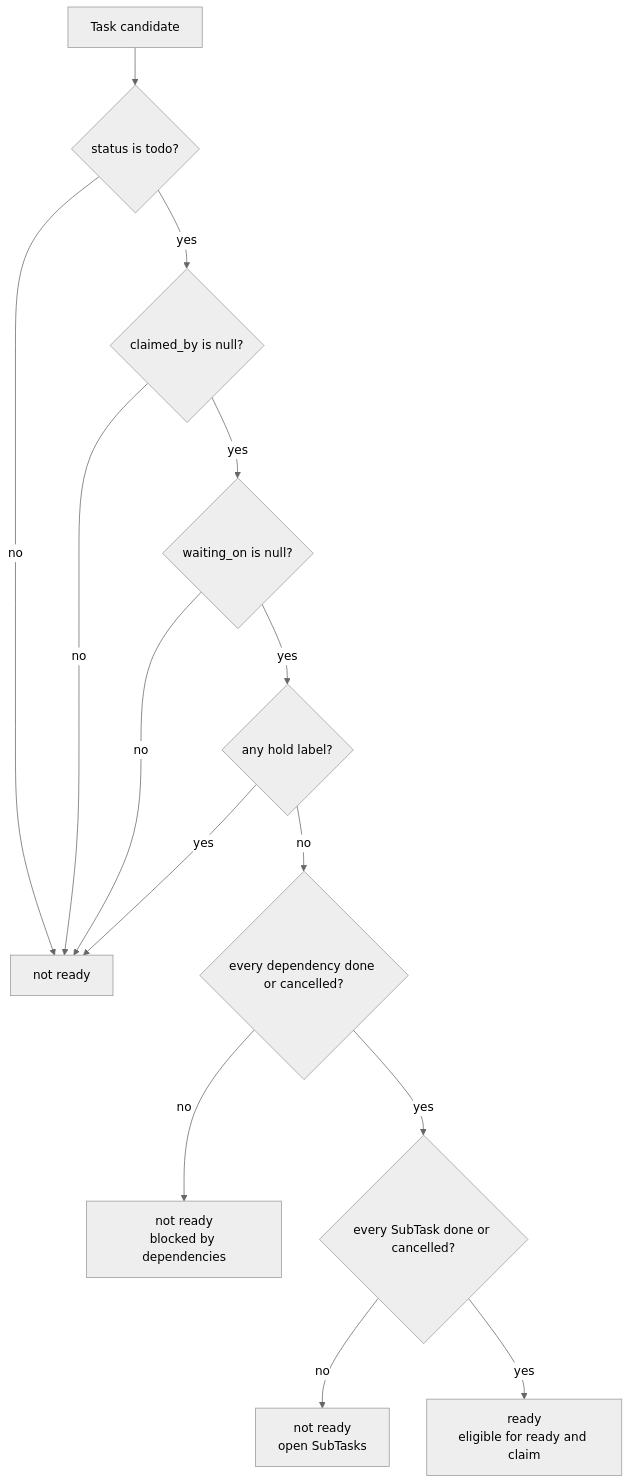
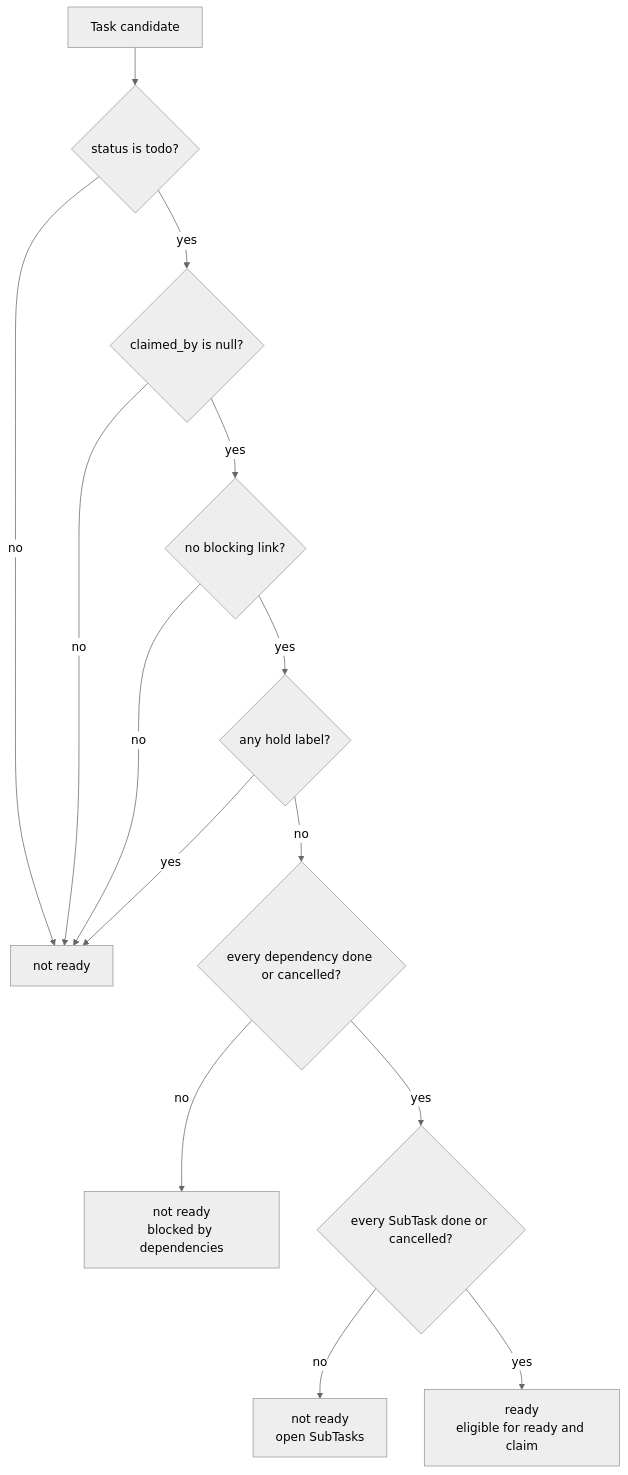
One commit to rcmendes/orbit changed the fifth of 14 diagrams in docs/ARCHITECTURE.md. Above: the diagram before and after it, drawn with Mermaid (neutral theme). The commit also changed other lines of this file and 27 other files, not shown here.

````diff
--- a/docs/ARCHITECTURE.md
+++ b/docs/ARCHITECTURE.md
@@ -398,16 +398,16 @@
 ```mermaid
 flowchart TD
     TASK["Task candidate"] --> STATUS{"status is todo?"}
     STATUS -->|no| NOTREADY["not ready"]
     STATUS -->|yes| CLAIMED{"claimed_by is null?"}
     CLAIMED -->|no| NOTREADY
-    CLAIMED -->|yes| WAITING{"waiting_on is null?"}
+    CLAIMED -->|yes| WAITING{"no blocking link?"}
     WAITING -->|no| NOTREADY
     WAITING -->|yes| HELD{"any hold label?"}
     HELD -->|yes| NOTREADY
     HELD -->|no| DEPS{"every dependency done or cancelled?"}
     DEPS -->|no| BLOCKED["not ready<br/>blocked by dependencies"]
     DEPS -->|yes| SUBTASKS{"every SubTask done or cancelled?"}
     SUBTASKS -->|no| SUBTASKSOPEN["not ready<br/>open SubTasks"]
     SUBTASKS -->|yes| READY["ready<br/>eligible for ready and claim"]
 ```
````
